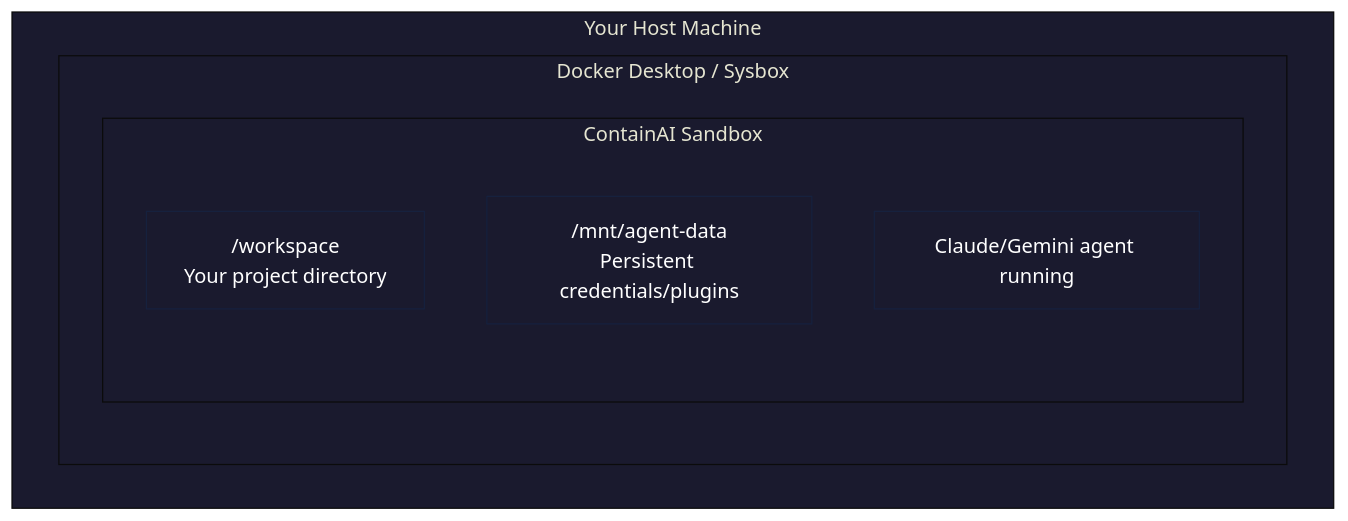
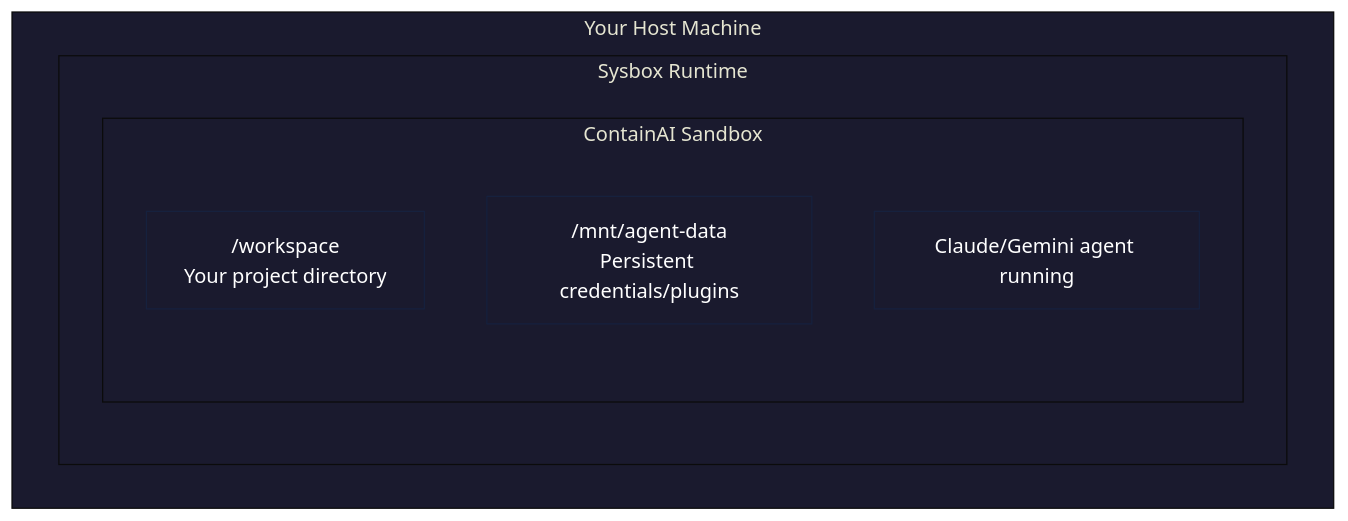
The second of 2 diagrams in docs/quickstart.md (novotnyllc/ContainAI), drawn with Mermaid before and after one commit. The commit also changed other lines of this file and 2 other files, not shown here.

````diff
--- a/docs/quickstart.md
+++ b/docs/quickstart.md
@@ -136,22 +136,22 @@
 ```mermaid
 %%{init: {'theme': 'base', 'themeVariables': {
   'primaryColor': '#1a1a2e',
   'primaryTextColor': '#ffffff',
   'primaryBorderColor': '#16213e',
   'secondaryColor': '#0f3460',
   'tertiaryColor': '#1a1a2e',
   'lineColor': '#a0a0a0',
   'textColor': '#ffffff',
   'background': '#0d1117'
 }}}%%
 flowchart TB
     subgraph host["Your Host Machine"]
-        subgraph runtime["Docker Desktop / Sysbox"]
+        subgraph runtime["Sysbox Runtime"]
             subgraph sandbox["ContainAI Sandbox"]
                 workspace["/workspace<br/>Your project directory"]
                 data["/mnt/agent-data<br/>Persistent credentials/plugins"]
                 agent["Claude/Gemini agent running"]
             end
         end
     end
 ```
````
